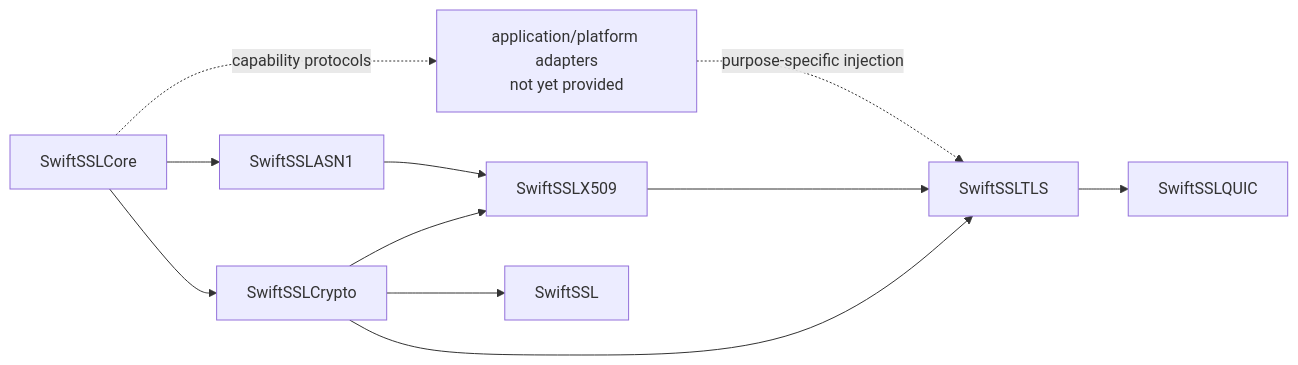
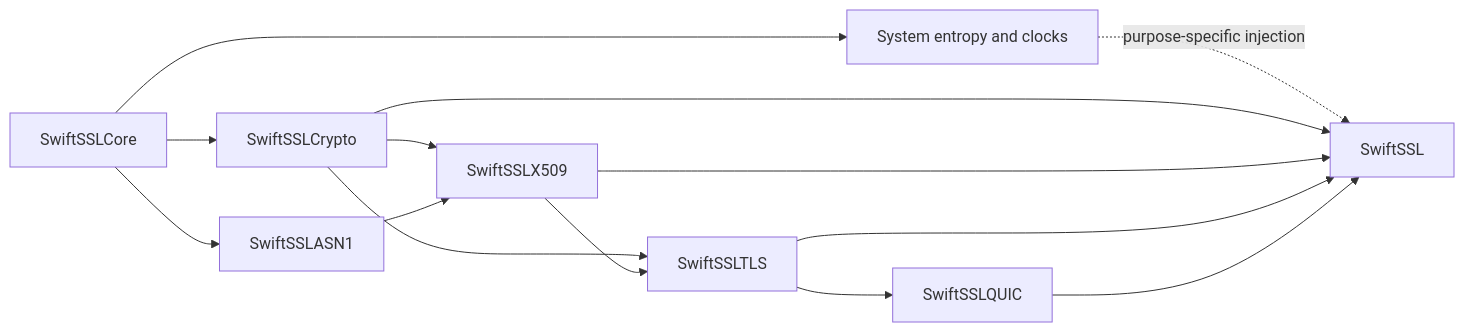
Before and after one commit to 1amageek/swift-ssl: the diagram in README.md, drawn with Mermaid. The commit also changed other lines of this file and 331 other files, not shown here.

First line of the commit message:
Expand Pure Swift TLS and cryptography coverage

````diff
--- a/README.md
+++ b/README.md
@@ -16,13 +16,16 @@
 ```mermaid
 flowchart LR
     Core[SwiftSSLCore] --> Crypto[SwiftSSLCrypto]
     Core --> ASN1[SwiftSSLASN1]
     Crypto --> X509[SwiftSSLX509]
     ASN1 --> X509
     Crypto --> TLS[SwiftSSLTLS]
     X509 --> TLS
     TLS --> QUIC[SwiftSSLQUIC]
-    Core -. capability protocols .-> Adapters["application/platform adapters\nnot yet provided"]
-    Adapters -. purpose-specific injection .-> TLS
-    Crypto --> Facade[SwiftSSL]
+    Core --> Adapters["System entropy and clocks"]
+    Adapters -. purpose-specific injection .-> Facade[SwiftSSL]
+    Crypto --> Facade
+    X509 --> Facade
+    TLS --> Facade
+    QUIC --> Facade
 ```
````
